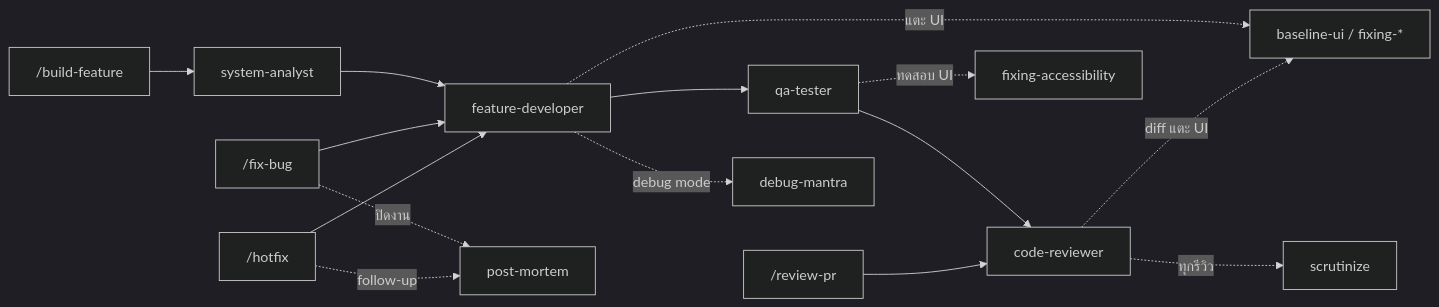
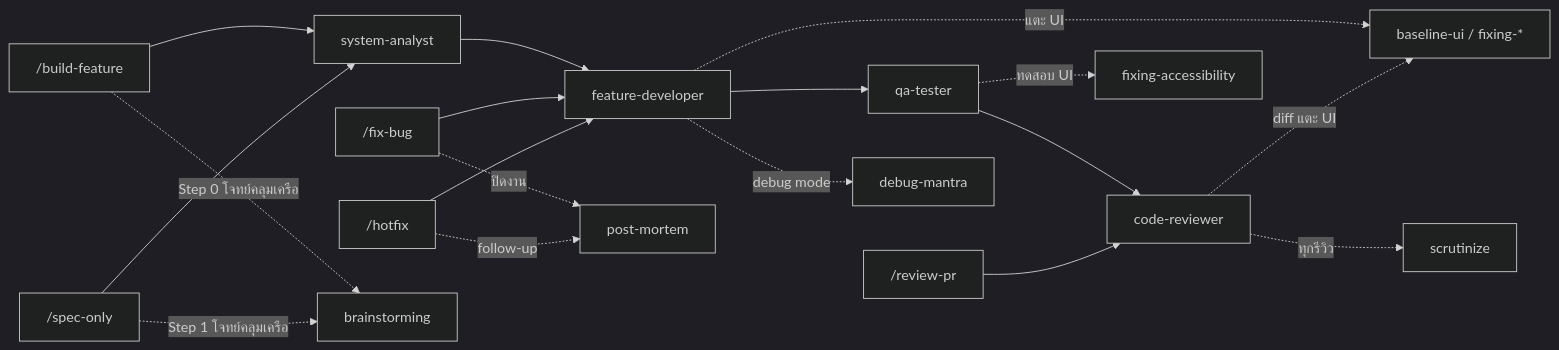
The first of 2 diagrams in README.md (aukrit-sup/claude-workspace), drawn with Mermaid (dark theme) before and after one commit. The commit also changed other lines of this file and 5 other files, not shown here.

First line of the commit message:
Add brainstorming skill for pre-spec design dialogue

````diff
--- a/README.md
+++ b/README.md
@@ -74,15 +76,18 @@
 ```mermaid
 flowchart LR
     BF["/build-feature"] --> SA["system-analyst"] --> FD["feature-developer"] --> QA["qa-tester"] --> CR["code-reviewer"]
     FB["/fix-bug"] --> FD
     HF["/hotfix"] --> FD
     RP["/review-pr"] --> CR
+    SO["/spec-only"] --> SA
 
+    BF -. "Step 0 โจทย์คลุมเครือ" .-> BS["brainstorming"]
+    SO -. "Step 1 โจทย์คลุมเครือ" .-> BS
     FD -. "debug mode" .-> DM["debug-mantra"]
     FD -. "แตะ UI" .-> UI["baseline-ui / fixing-*"]
     QA -. "ทดสอบ UI" .-> ACC["fixing-accessibility"]
     CR -. "ทุกรีวิว" .-> SC["scrutinize"]
     CR -. "diff แตะ UI" .-> UI
     FB -. "ปิดงาน" .-> PM["post-mortem"]
     HF -. "follow-up" .-> PM
 ```
````
